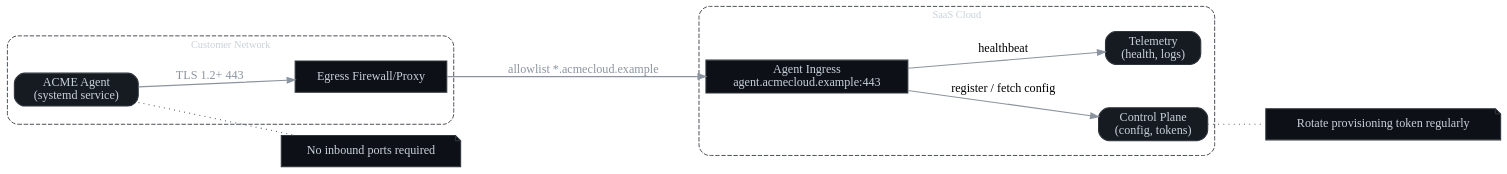
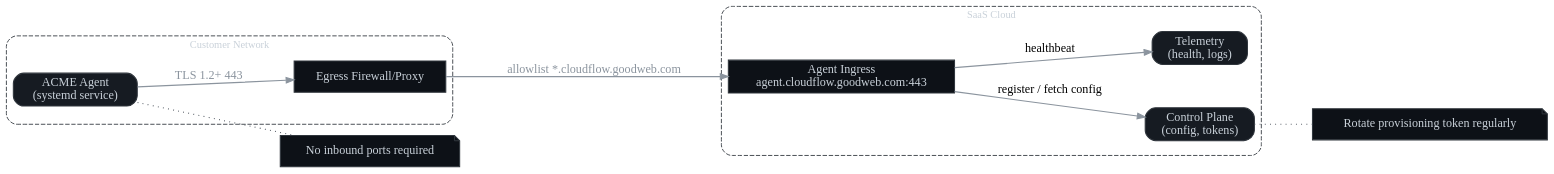
The first of 2 diagrams in software-guides/installation-setup-guide.md (KorayErkan/tw-portfolio), drawn with Graphviz before and after one commit. The commit also changed other lines of this file, not shown here.

````diff
--- a/software-guides/installation-setup-guide.md
+++ b/software-guides/installation-setup-guide.md
@@ -54,40 +54,40 @@
 ```graphviz
 // agent-connectivity.dot
 digraph G {
   graph [rankdir=LR, splines=true, bgcolor="transparent", nodesep=0.7, ranksep=0.9];
   node  [shape=rounded, style="filled,rounded", fillcolor="#161b22", color="#30363d", fontcolor="#c9d1d9", penwidth=1.2];
   edge  [color="#8b949e", arrowsize=0.9, penwidth=1.3];
 
   subgraph cluster_cust {
     label="Customer Network";
     labelloc="t"; fontsize=12;
     color="#30363d"; fontcolor="#c9d1d9"; style="rounded,dashed";
     agent [label="ACME Agent\n(systemd service)"];
     fw    [label="Egress Firewall/Proxy", shape=box, style="filled", fillcolor="#0d1117"];
   }
 
   subgraph cluster_cloud {
     label="SaaS Cloud";
     labelloc="t"; fontsize=12;
     color="#30363d"; fontcolor="#c9d1d9"; style="rounded,dashed";
-    api   [label="Agent Ingress\nagent.acmecloud.example:443", shape=box, style="filled", fillcolor="#0d1117"];
+    api   [label="Agent Ingress\nagent.cloudflow.goodweb.com:443", shape=box, style="filled", fillcolor="#0d1117"];
     ctrl  [label="Control Plane\n(config, tokens)"];
     telem [label="Telemetry\n(health, logs)"];
   }
 
   // outbound-only TLS
   agent -> fw  [label="TLS 1.2+ 443", fontcolor="#8b949e"];
-  fw    -> api [label="allowlist *.acmecloud.example", fontcolor="#8b949e"];
+  fw    -> api [label="allowlist *.cloudflow.goodweb.com", fontcolor="#8b949e"];
 
   // control/telemetry (logical paths)
   api -> ctrl  [label="register / fetch config"];
   api -> telem [label="healthbeat"];
 
   // notes
   note1 [label="No inbound ports required", shape=note, fillcolor="#0d1117"];
   note2 [label="Rotate provisioning token regularly", shape=note, fillcolor="#0d1117"];
 
   agent -> note1 [style=dotted, arrowhead=none, color="#484f58"];
   ctrl  -> note2 [style=dotted, arrowhead=none, color="#484f58"];
 }
 ```
````
